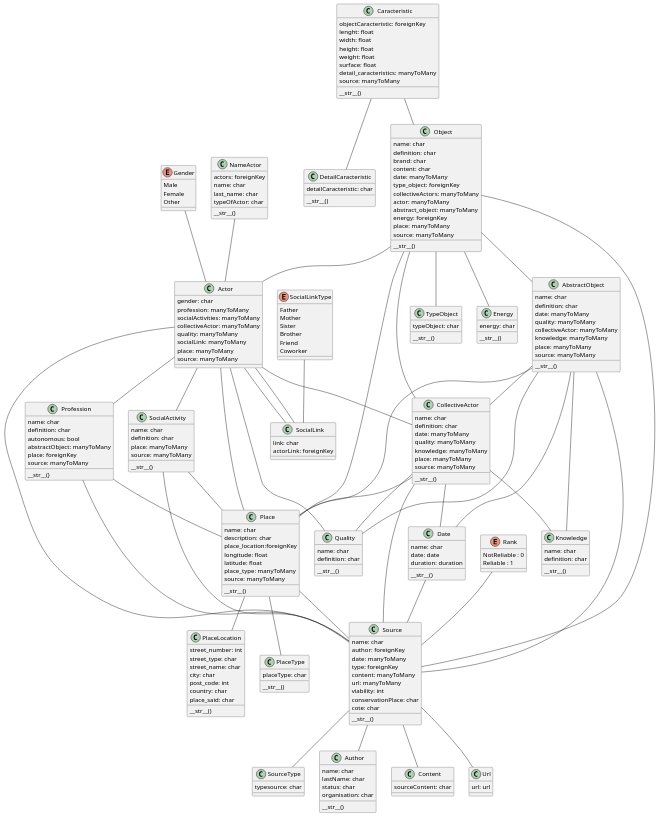
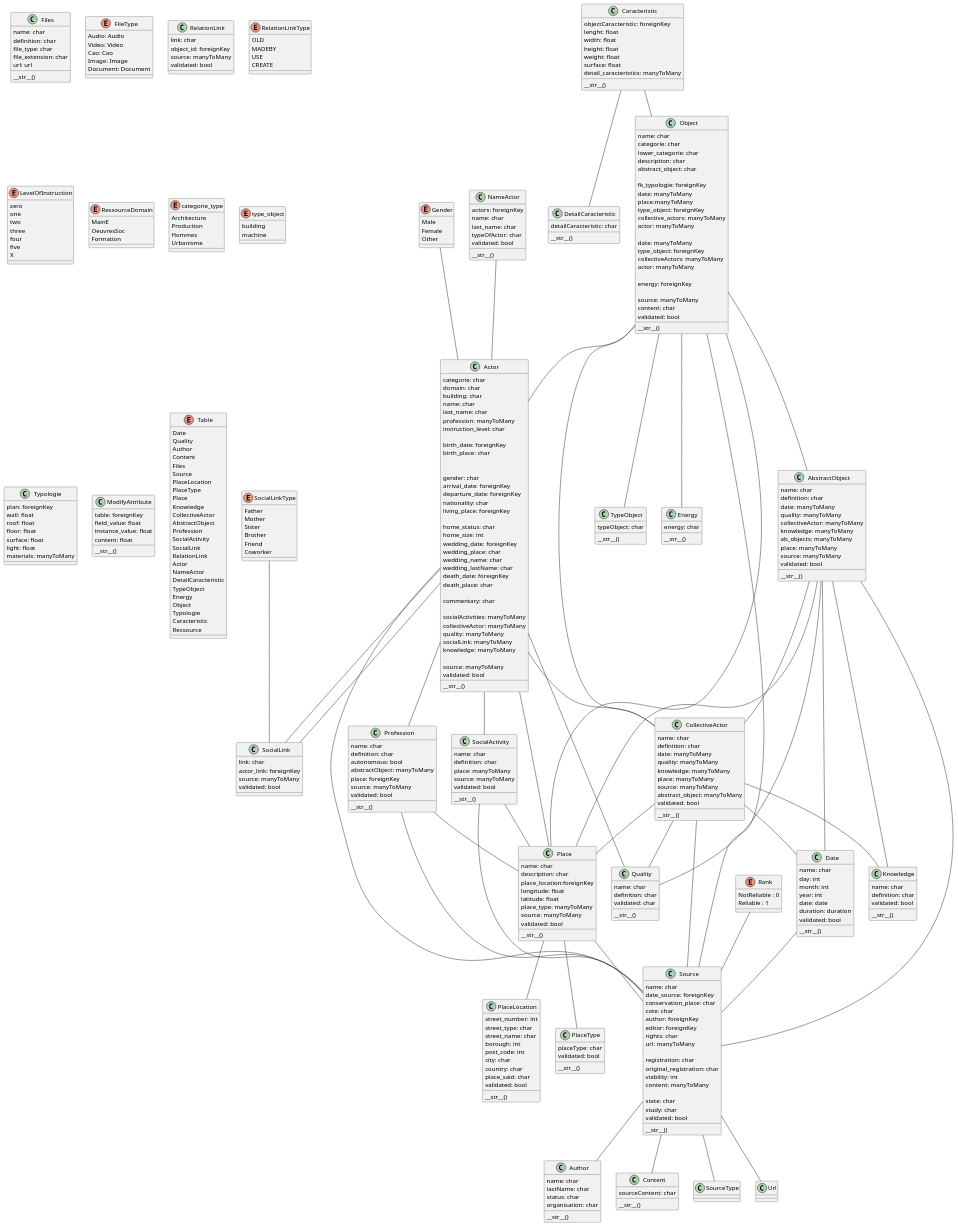
Before and after one commit to Hendercraft/TTM-API: the diagram in diagrams/src/model_overview.puml, drawn with PlantUML.

Commit message:
Update diagram to newer version

```diff
--- a/diagrams/src/model_overview.puml
+++ b/diagrams/src/model_overview.puml
@@ -2,8 +2,12 @@
 
 class Date {
     name: char
+    day: int
+    month: int
+    year: int
     date: date
     duration: duration
+    validated: bool
 
     __str__()
 }
@@ -11,13 +15,9 @@
 class Quality {
     name: char
     definition: char
+    validated: char
     
     __str__()
-}
-
-
-class SourceType {
-    typesource: char
 }
 
 class Author {
@@ -31,22 +31,48 @@
 
 class Content {
     sourceContent: char
+
+    __str__()
 }
 
-class Url {
+class Files {
+    name: char
+    definition: char
+    file_type: char
+    file_extension: char
     url: url
+
+    __str__()
 }
+
+enum FileType {
+    Audio: Audio
+    Video: Video
+    Cao: Cao
+    Image: Image
+    Document: Document
+}
+
 
 class Source {
     name: char
+    date_source: foreignKey
+    conservation_place: char
+    cote: char
     author: foreignKey
-    date: manyToMany
-    type: foreignKey
+    editor: foreignKey
+    rights: char
+    url: manyToMany
+
+    registration: char
+    original_registration: char
+    viability: int
     content: manyToMany
-    url: manyToMany
-    viability: int
-    conservationPlace: char
-    cote: char
+    
+    state: char
+    study: char
+    validated: bool
+    
 
     __str__()
 }
@@ -60,16 +86,19 @@
     street_number: int
     street_type: char
     street_name: char
+    borough: int
+    post_code: int
     city: char
-    post_code: int
     country: char
     place_said: char
+    validated: bool
 
     __str__()
 }
 
 class PlaceType {
     placeType: char
+    validated: bool
 
     __str__()
 }
@@ -82,6 +111,7 @@
     latitude: float
     place_type: manyToMany
     source: manyToMany
+    validated: bool
 
     __str__()
 }
@@ -89,6 +119,7 @@
 class Knowledge {
     name: char
     definition: char
+    validated: bool
 
     __str__()
 }
@@ -101,6 +132,8 @@
     knowledge: manyToMany
     place: manyToMany
     source: manyToMany
+    abstract_object: manyToMany
+    validated: bool
 
     __str__()
 }
@@ -112,8 +145,10 @@
     quality: manyToMany
     collectiveActor: manyToMany
     knowledge: manyToMany
+    ab_objects: manyToMany
     place: manyToMany
     source: manyToMany
+    validated: bool
 
     __str__()
 }
@@ -125,6 +160,7 @@
     abstractObject: manyToMany
     place: foreignKey
     source: manyToMany
+    validated: bool
 
     __str__()
 }
@@ -134,13 +170,16 @@
     definition: char
     place: manyToMany
     source: manyToMany
+    validated: bool
 
     __str__()
 }
 
 class SocialLink {
     link: char
-    actorLink: foreignKey
+    actor_link: foreignKey
+    source: manyToMany
+    validated: bool
 }
 
 enum SocialLinkType{
@@ -152,15 +191,60 @@
     Coworker
 }
 
+class RelationLink {
+    link: char
+    object_id: foreignKey
+    source: manyToMany
+    validated: bool
+}
+
+enum RelationLinkType{
+    OLD
+    MADEBY
+    USE
+    CREATE
+}
+
 class Actor {
+    categorie: char
+    domain: char
+    building: char
+    name: char
+    last_name: char
+    profession: manyToMany
+    instruction_level: char
+
+    birth_date: foreignKey
+    birth_place: char
+
+
     gender: char
-    profession: manyToMany
+    arrival_date: foreignKey
+    departure_date: foreignKey
+    nationality: char
+    living_place: foreignKey
+
+    home_status: char
+    home_size: int
+    wedding_date: foreignKey
+    wedding_place: char
+    wedding_name: char
+    wedding_lastName: char
+    death_date: foreignKey
+    death_place: char
+
+    commentary: char
+
     socialActivities: manyToMany
     collectiveActor: manyToMany
     quality: manyToMany
     socialLink: manyToMany
-    place: manyToMany
+    knowledge: manyToMany
+
     source: manyToMany
+    validated: bool
+
+    __str__()
 }
 
 enum Gender {
@@ -169,11 +253,29 @@
     Other
 }
 
+enum LevelOfInstruction {
+    zero
+    one
+    two
+    three
+    four
+    five
+    X
+}
+
+enum RessourceDomain {
+    MainE
+    OeuvresSoc
+    Formation
+}
+
+
 class NameActor {
     actors: foreignKey
     name: char
     last_name: char
     typeOfActor: char
+    validated: bool
     
     __str__()
 }
@@ -198,19 +300,53 @@
 
 class Object {
     name: char
-    definition: char
-    brand: char
-    content: char
+    categorie: char
+    lower_categorie: char
+    description: char
+    abstract_object: char
+
+    fk_typologie: foreignKey
+    date: manyToMany
+    place:manyToMany
+    type_object: foreignKey
+    collective_actors: manyToMany
+    actor: manyToMany
+    
     date: manyToMany
     type_object: foreignKey
     collectiveActors: manyToMany
     actor: manyToMany
-    abstract_object: manyToMany
+
     energy: foreignKey
-    place: manyToMany
+    
     source: manyToMany
+    content: char
+    validated: bool
 
     __str__()
+}
+
+enum categorie_type {
+    Architecture
+    Production
+    Hommes
+    Urbanisme
+}
+
+enum type_object {
+    building
+    machine
+}
+
+class Typologie {
+    plan: foreignKey
+    wall: float
+    roof: float
+    floor: float
+    surface: float
+    light: float
+    materials: manyToMany
+
 }
 
 class Caracteristic {
@@ -221,9 +357,45 @@
     weight: float
     surface: float
     detail_caracteristics: manyToMany
-    source: manyToMany
 
     __str__()
+}
+
+class ModifyAttribute {
+    table: foreignKey
+    field_value: float
+    instance_value: float
+    content: float
+    
+    __str__()
+}
+
+enum Table {
+    Date
+    Quality
+    Author
+    Content
+    Files
+    Source
+    PlaceLocation
+    PlaceType
+    Place
+    Knowledge
+    CollectiveActor
+    AbstractObject
+    Profession
+    SocialActivity
+    SocialLink
+    RelationLink
+    Actor
+    NameActor
+    DetailCaracteristic
+    TypeObject
+    Energy
+    Object
+    Typologie
+    Caracteristic
+    Ressource
 }
 
 Source -- SourceType
```
